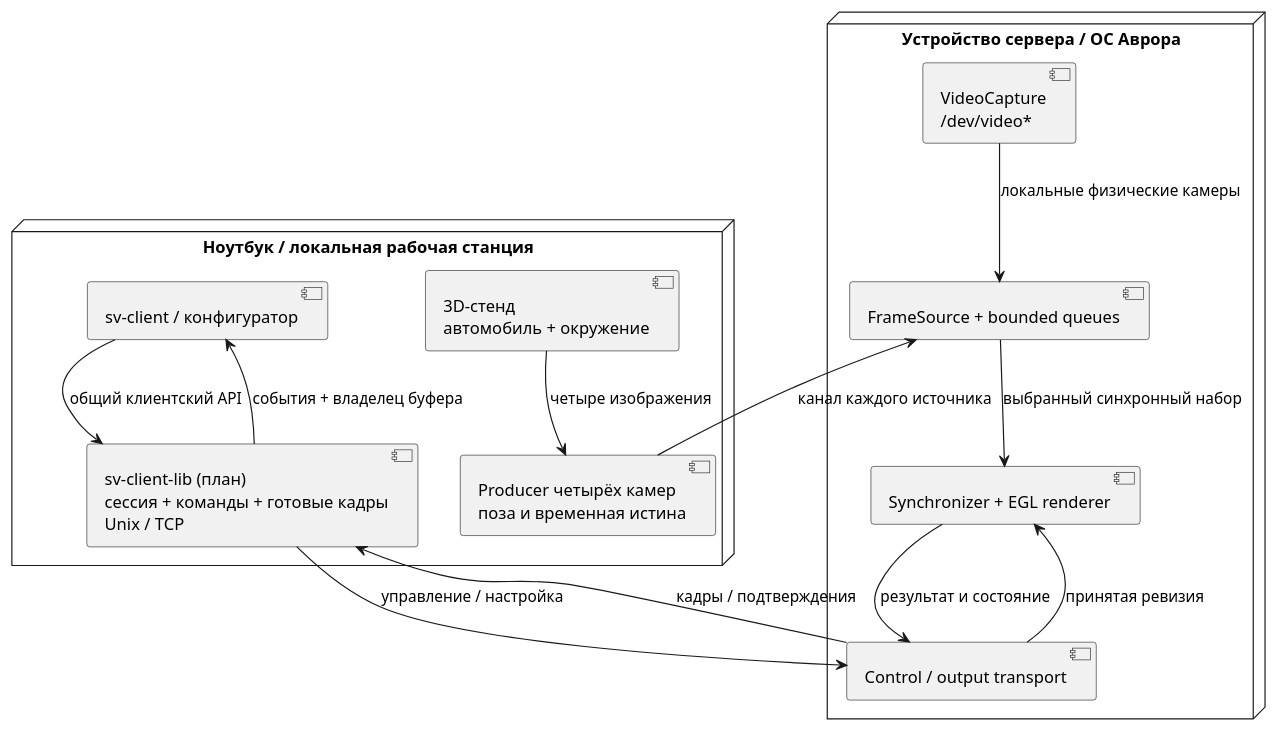
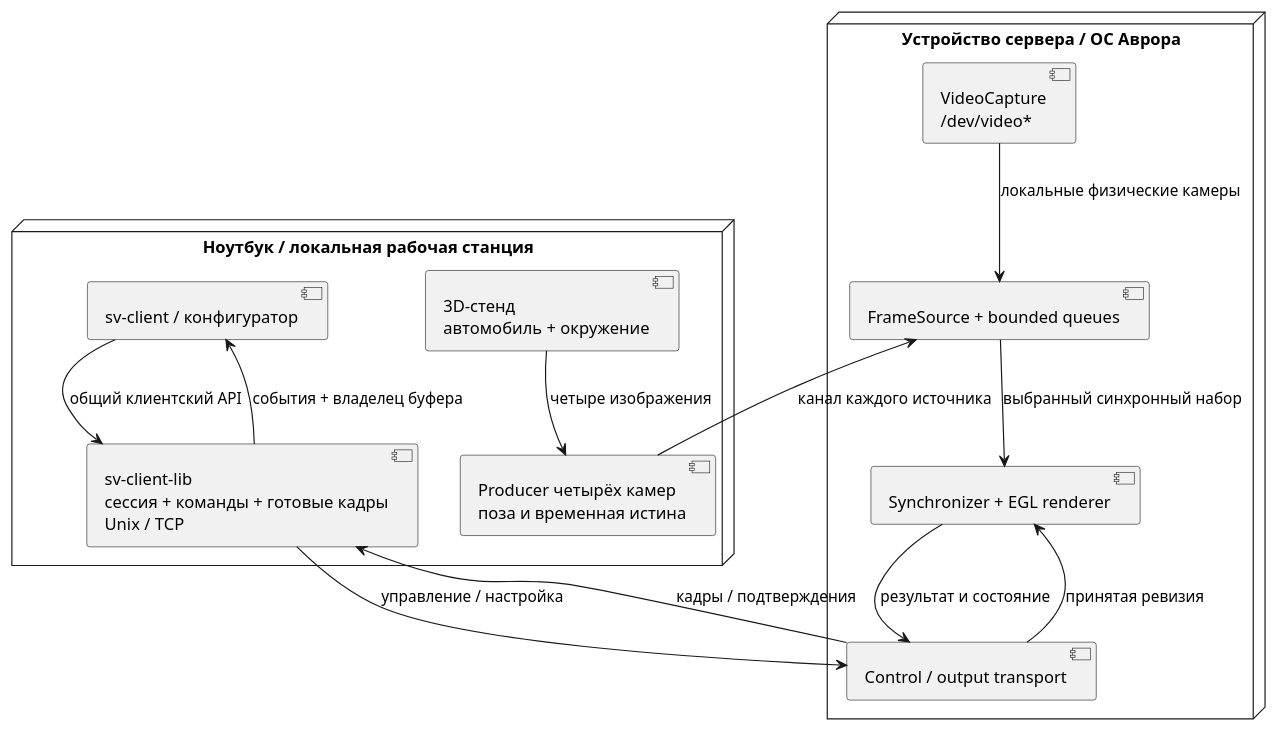
The diagram in docs/planning/ROADMAP.md (AKTOETO/Surround-view), drawn with PlantUML before and after one commit. The commit also changed other lines of this file and 16 other files, not shown here.

Commit message:
docs: audit roadmap completion and document client library workflow

````diff
--- a/docs/planning/ROADMAP.md
+++ b/docs/planning/ROADMAP.md
@@ -80,26 +80,26 @@
 ```plantuml
 @startuml
 node "Ноутбук / локальная рабочая станция" {
   component "3D-стенд\nавтомобиль + окружение" as World
   component "Producer четырёх камер\nпоза и временная истина" as Producer
   component "sv-client / конфигуратор" as Client
-  component "sv-client-lib (план)\nсессия + команды + готовые кадры\nUnix / TCP" as ClientLibrary
+  component "sv-client-lib\nсессия + команды + готовые кадры\nUnix / TCP" as ClientLibrary
 }
 node "Устройство сервера / ОС Аврора" {
   component "VideoCapture\n/dev/video*" as Capture
   component "FrameSource + bounded queues" as Sources
   component "Synchronizer + EGL renderer" as Renderer
   component "Control / output transport" as Transport
 }
 World --> Producer : четыре изображения
 Producer --> Sources : канал каждого источника
 Capture --> Sources : локальные физические камеры
 Sources --> Renderer : выбранный синхронный набор
 Client --> ClientLibrary : общий клиентский API
 ClientLibrary --> Transport : управление / настройка
 Transport --> Renderer : принятая ревизия
 Renderer --> Transport : результат и состояние
 Transport --> ClientLibrary : кадры / подтверждения
 ClientLibrary --> Client : события + владелец буфера
 @enduml
 ```
````
